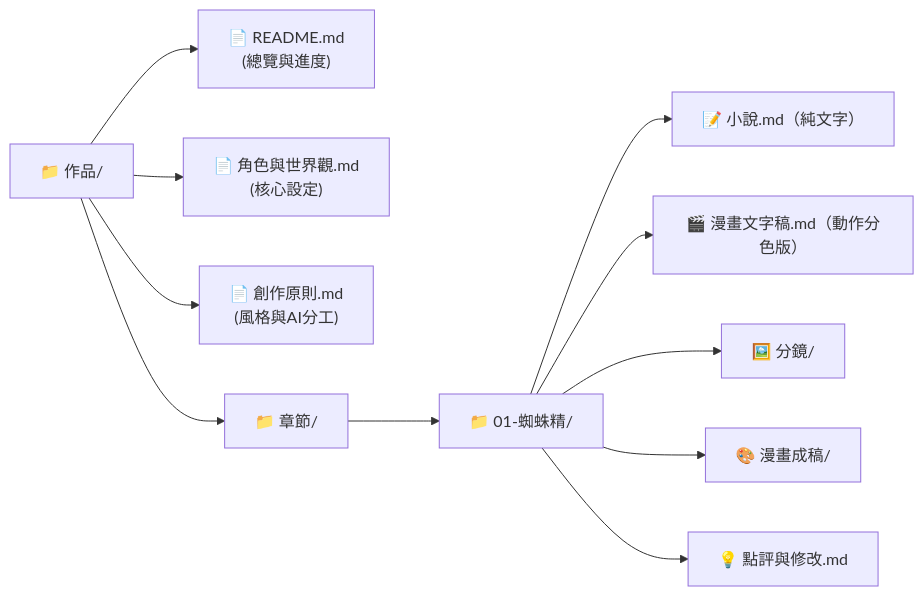
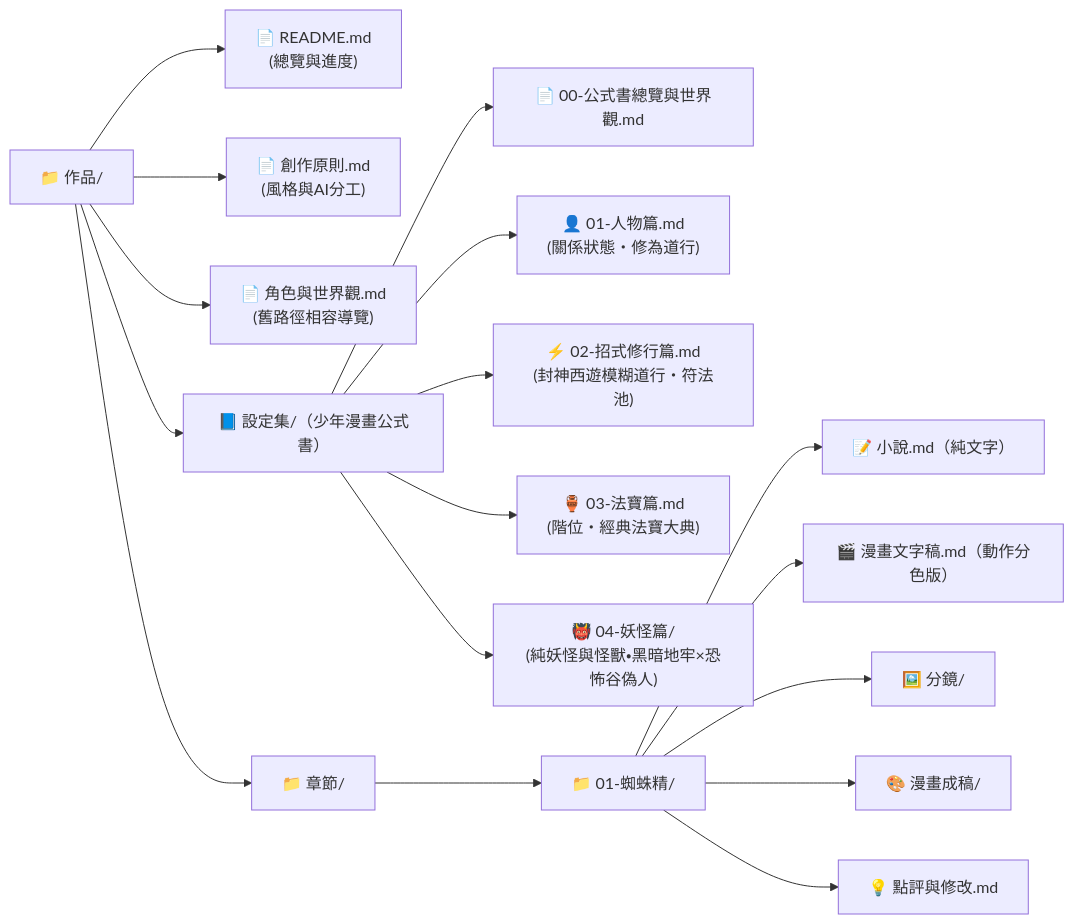
One commit to wuharry/urban-exorcist-chronicles changed the diagram in README.md. Above: the diagram before and after it, drawn with Mermaid. The commit also changed other lines of this file and 282 other files, not shown here.

Commit message:
重構公式書設定集結構、新增角色防同質化四軸矩陣，並完成西遊／封神／山海經純妖怪怪獸全圖鑑（黑暗地牢×恐怖谷偽人版）

````diff
--- a/README.md
+++ b/README.md
@@ -9,13 +9,21 @@
 ```mermaid
 flowchart LR
     Root["📁 作品/"] --> R["📄 README.md<br/>(總覽與進度)"]
-    Root --> W["📄 角色與世界觀.md<br/>(核心設定)"]
     Root --> P["📄 創作原則.md<br/>(風格與AI分工)"]
+    Root --> L["📄 角色與世界觀.md<br/>(舊路徑相容導覽)"]
+    Root --> DB["📘 設定集/（少年漫畫公式書）"]
     Root --> C["📁 章節/"]
+
+    DB --> DB0["📄 00-公式書總覽與世界觀.md"]
+    DB --> DB1["👤 01-人物篇.md<br/>(關係狀態・修為道行)"]
+    DB --> DB2["⚡ 02-招式修行篇.md<br/>(封神西遊模糊道行・符法池)"]
+    DB --> DB3["🏺 03-法寶篇.md<br/>(階位・經典法寶大典)"]
+    DB --> DB4["👹 04-妖怪篇/<br/>(純妖怪與怪獸・黑暗地牢×恐怖谷偽人)"]
+
     C --> C01["📁 01-蜘蛛精/"]
     C01 --> N["📝 小說.md（純文字）"]
     C01 --> A["🎬 漫畫文字稿.md（動作分色版）"]
     C01 --> S["🖼️ 分鏡/"]
     C01 --> M["🎨 漫畫成稿/"]
     C01 --> FB["💡 點評與修改.md"]
 ```
````
